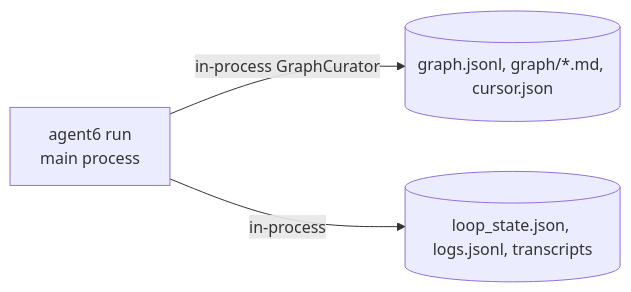
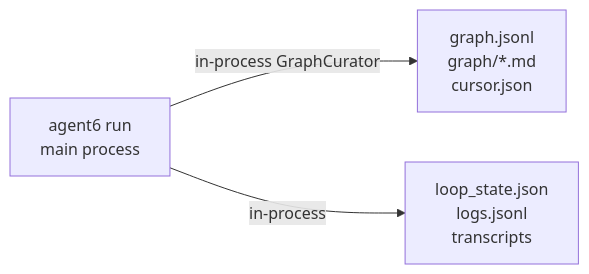
The sixth of 6 diagrams in docs/architecture.md (agent6-dev/agent6), drawn with Mermaid before and after one commit. The commit also changed 3 other files, not shown here.

````diff
--- a/docs/architecture.md
+++ b/docs/architecture.md
@@ -250,5 +250,5 @@
 ```mermaid
 flowchart LR
-    Agent[agent6 run<br/>main process] -->|in-process GraphCurator| Graph[(graph.jsonl, graph/*.md, cursor.json)]
-    Agent -->|in-process| Rest[(loop_state.json, logs.jsonl, transcripts)]
+    Agent["agent6 run<br/>main process"] -->|in-process GraphCurator| Graph["graph.jsonl<br/>graph/*.md<br/>cursor.json"]
+    Agent -->|in-process| Rest["loop_state.json<br/>logs.jsonl<br/>transcripts"]
 ```
````
